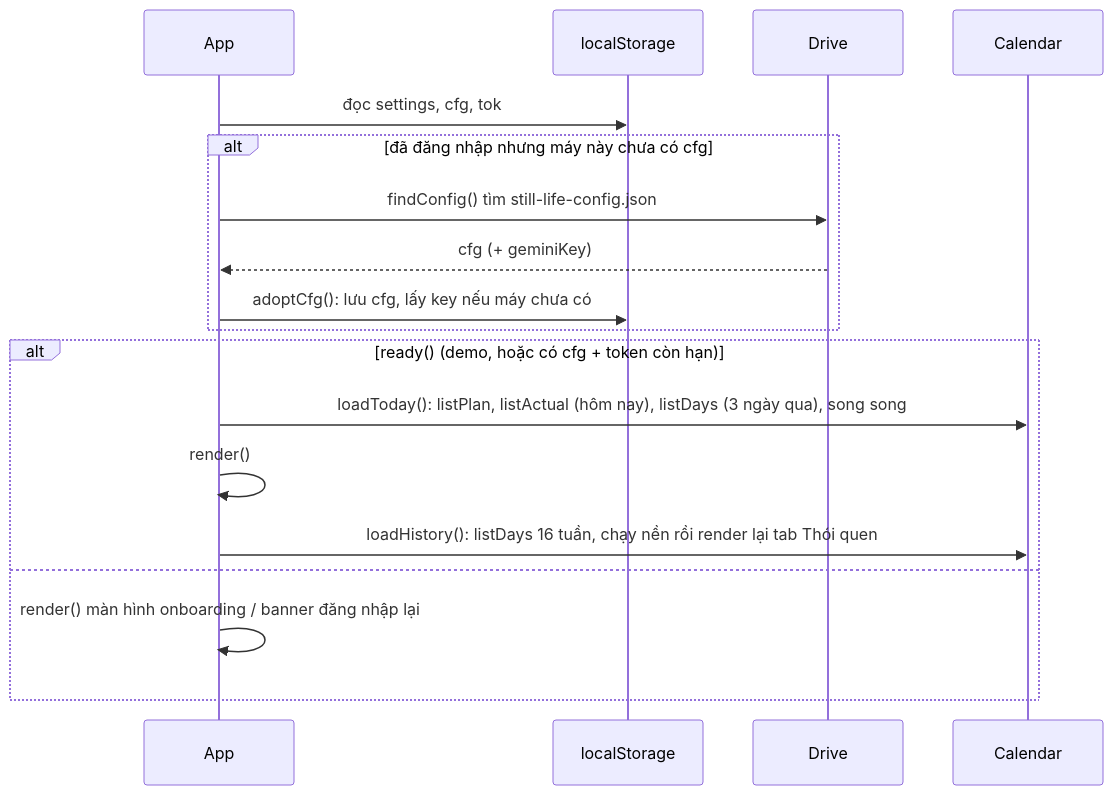
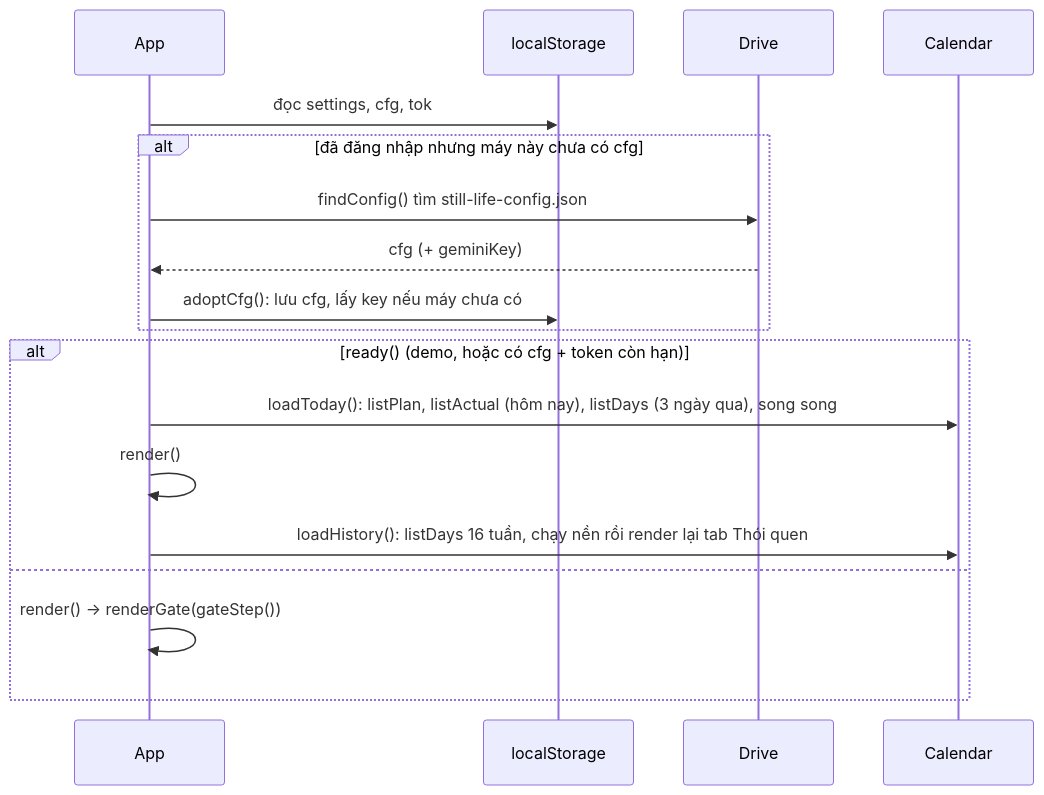
Before and after one commit to pevien/Still-life: the second of 3 diagrams in TECHNICAL.md, drawn with Mermaid. The commit also changed other lines of this file and 8 other files, not shown here.

````diff
--- a/TECHNICAL.md
+++ b/TECHNICAL.md
@@ -107,20 +107,20 @@
 ```mermaid
 sequenceDiagram
   participant App
   participant LS as localStorage
   participant Drive
   participant Cal as Calendar
   App->>LS: đọc settings, cfg, tok
   alt đã đăng nhập nhưng máy này chưa có cfg
     App->>Drive: findConfig() tìm still-life-config.json
     Drive-->>App: cfg (+ geminiKey)
     App->>LS: adoptCfg(): lưu cfg, lấy key nếu máy chưa có
   end
   alt ready() (demo, hoặc có cfg + token còn hạn)
     App->>Cal: loadToday(): listPlan, listActual (hôm nay), listDays (3 ngày qua), song song
     App->>App: render()
     App->>Cal: loadHistory(): listDays 16 tuần, chạy nền rồi render lại tab Thói quen
   else
-    App->>App: render() màn hình onboarding / banner đăng nhập lại
+    App->>App: render() → renderGate(gateStep())
   end
 ```
````
